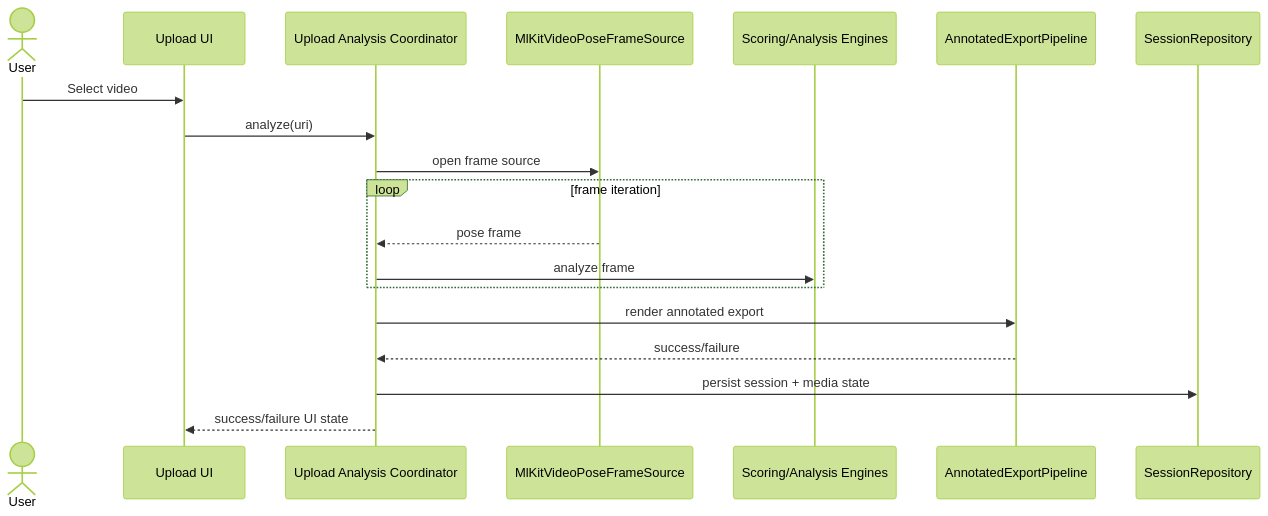
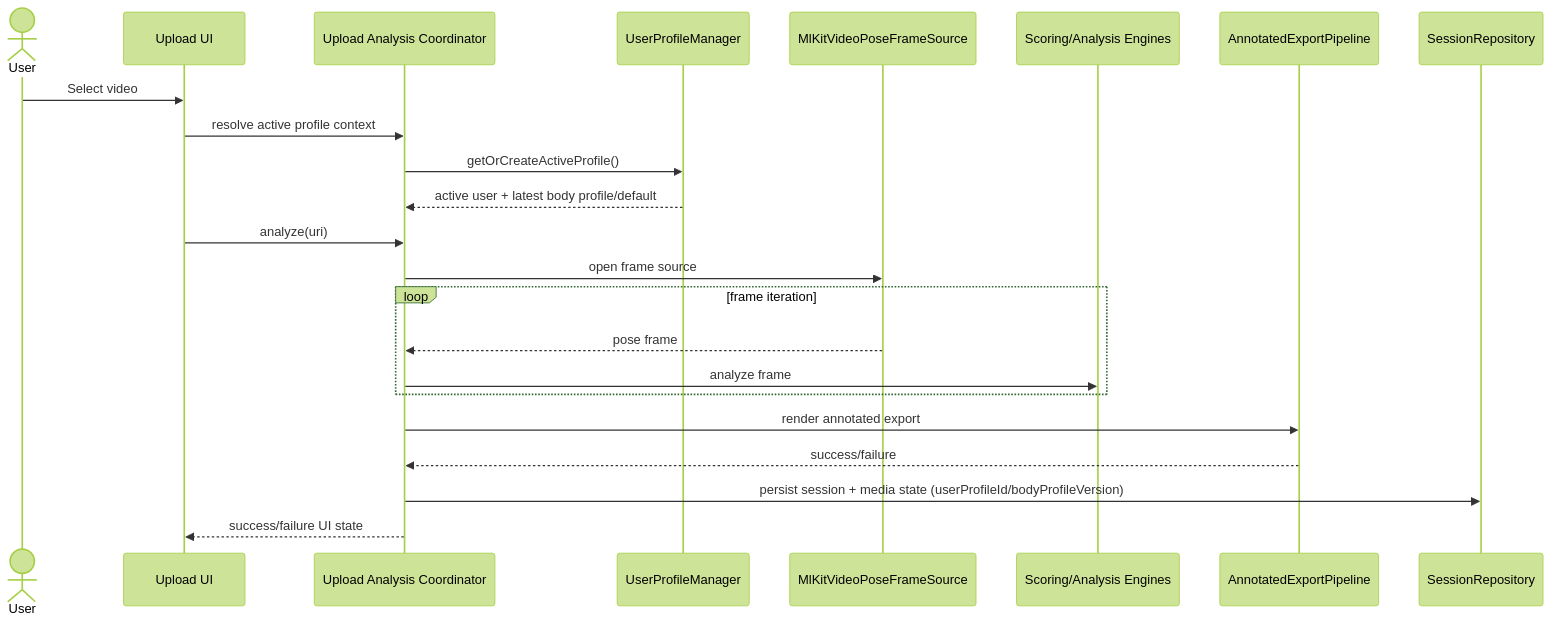
The diagram in docs/diagrams/sequence-import-analysis.md (Voycepeh/CaliVision), drawn with Mermaid (forest theme) before and after one commit. The commit also changed 5 other files, not shown here.

````diff
--- a/docs/diagrams/sequence-import-analysis.md
+++ b/docs/diagrams/sequence-import-analysis.md
@@ -3,22 +3,26 @@
 ```mermaid
 sequenceDiagram
   actor User
   participant UI as Upload UI
   participant COORD as Upload Analysis Coordinator
+  participant UPM as UserProfileManager
   participant SRC as MlKitVideoPoseFrameSource
   participant SCORE as Scoring/Analysis Engines
   participant EXP as AnnotatedExportPipeline
   participant REPO as SessionRepository
 
   User->>UI: Select video
+  UI->>COORD: resolve active profile context
+  COORD->>UPM: getOrCreateActiveProfile()
+  UPM-->>COORD: active user + latest body profile/default
   UI->>COORD: analyze(uri)
   COORD->>SRC: open frame source
   loop frame iteration
     SRC-->>COORD: pose frame
     COORD->>SCORE: analyze frame
   end
   COORD->>EXP: render annotated export
   EXP-->>COORD: success/failure
-  COORD->>REPO: persist session + media state
+  COORD->>REPO: persist session + media state (userProfileId/bodyProfileVersion)
   COORD-->>UI: success/failure UI state
 ```
````
